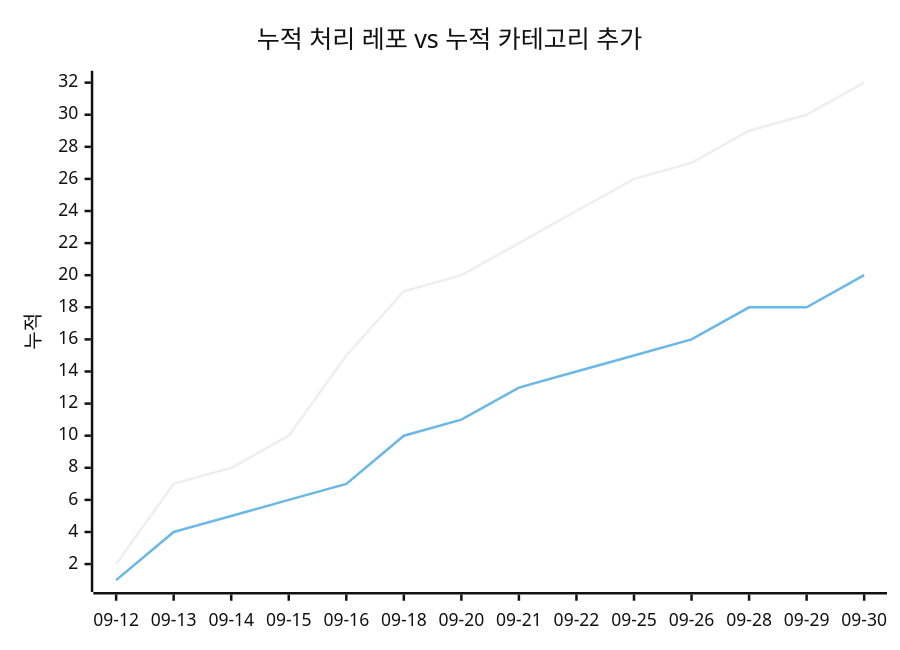
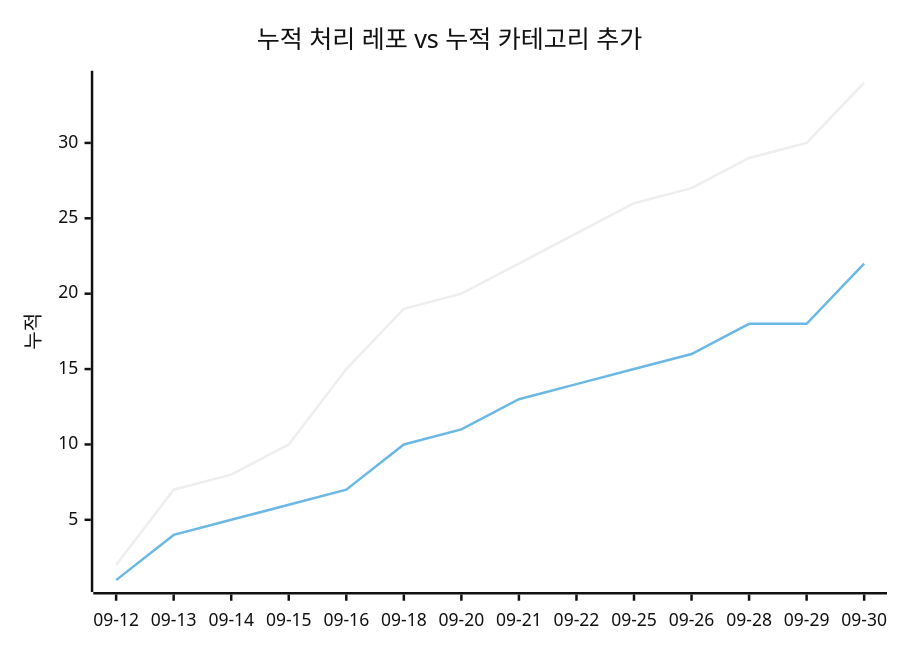
Before and after one commit to J-nowcow/awesome-korean-agent-skills: the second of 2 diagrams in docs/trends.md, drawn with Mermaid (neutral theme). The commit also changed other lines of this file and 5 other files, not shown here.

````diff
--- a/docs/trends.md
+++ b/docs/trends.md
@@ -68,8 +68,8 @@
 ```mermaid
 xychart-beta
     title "누적 처리 레포 vs 누적 카테고리 추가"
     x-axis ["09-12","09-13","09-14","09-15","09-16","09-18","09-20","09-21","09-22","09-25","09-26","09-28","09-29","09-30"]
     y-axis "누적"
-    line [2,7,8,10,15,19,20,22,24,26,27,29,30,32]
-    line [1,4,5,6,7,10,11,13,14,15,16,18,18,20]
+    line [2,7,8,10,15,19,20,22,24,26,27,29,30,34]
+    line [1,4,5,6,7,10,11,13,14,15,16,18,18,22]
 ```
````
